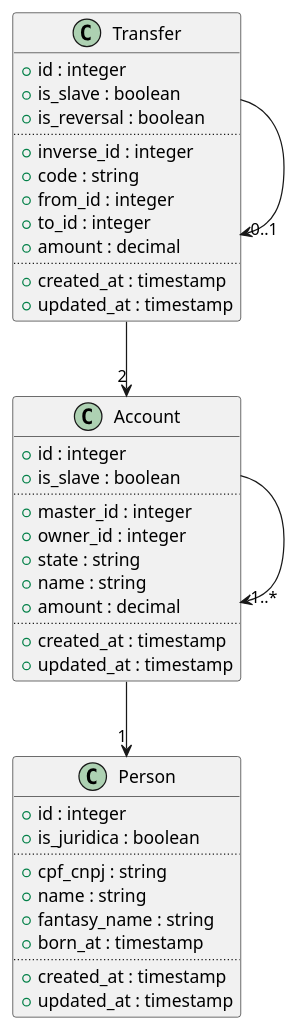
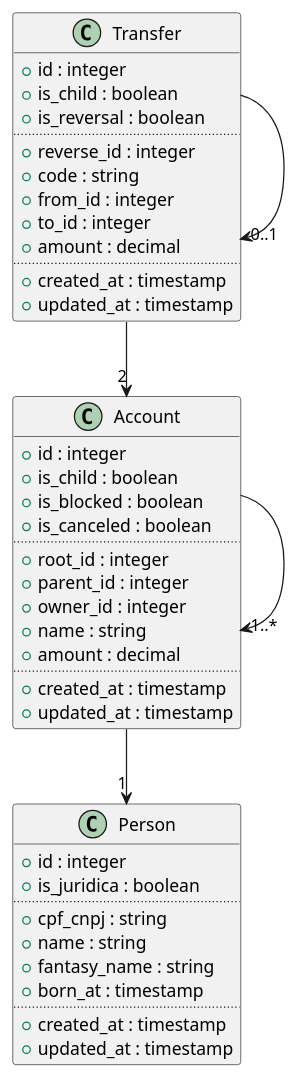
Before and after one commit to ayghor/entrevista_hub_fintech_igor_fontana_backend: the diagram in doc/db.plantuml, drawn with PlantUML. The commit also changed 21 other files, not shown here.

```diff
--- a/doc/db.plantuml
+++ b/doc/db.plantuml
@@ -1,50 +1,52 @@
 @startuml;
 
 Account --> "1..*" Account
 Account --> "1" Person
 Transfer --> "2" Account
 Transfer --> "0..1" Transfer
 
 class Account {
   +id : integer
-  +is_slave : boolean
+  +is_child : boolean
+  +is_blocked : boolean
+  +is_canceled : boolean
   ..
-  +master_id : integer
+  +root_id : integer
+  +parent_id : integer
   +owner_id : integer
-  +state : string
   +name : string
   +amount : decimal
   ..
   +created_at : timestamp
   +updated_at : timestamp
 }
 
 class Person {
   +id : integer
   +is_juridica : boolean
   ..
   +cpf_cnpj : string
   +name : string
   +fantasy_name : string
   +born_at : timestamp
   ..
   +created_at : timestamp
   +updated_at : timestamp
 }
 
 class Transfer {
   +id : integer
-  +is_slave : boolean
+  +is_child : boolean
   +is_reversal : boolean
   ..
-  +inverse_id : integer
+  +reverse_id : integer
   +code : string
   +from_id : integer
   +to_id : integer
   +amount : decimal
   ..
   +created_at : timestamp
   +updated_at : timestamp
 }
 
 @enduml;
```
